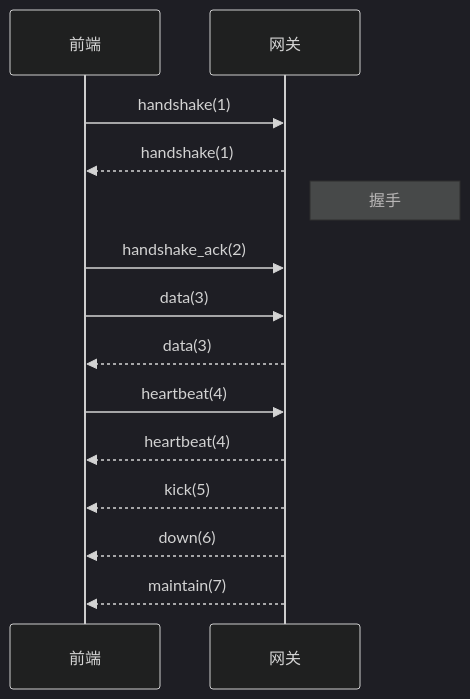
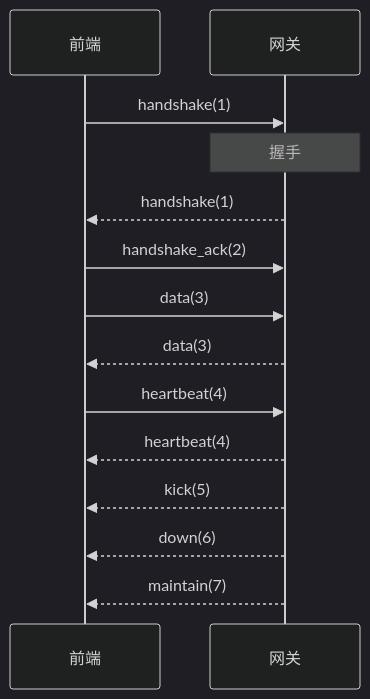
The diagram in README.md (lujingwei002/origo), drawn with Mermaid (dark theme) before and after one commit. The commit also changed other lines of this file, not shown here.

````diff
--- a/README.md
+++ b/README.md
@@ -39,15 +39,15 @@
 ``` mermaid
 sequenceDiagram
 前端->>网关: handshake(1)
+Note over 网关:握手
 网关-->>前端: handshake(1)
-Note right of 网关:握手
 前端->>网关: handshake_ack(2)
 
 前端->>网关: data(3)
 网关-->>前端: data(3)
 前端->>网关: heartbeat(4)
 网关-->>前端: heartbeat(4)
 网关-->>前端: kick(5)
 网关-->>前端: down(6)
 网关-->>前端: maintain(7)
 ```
````
